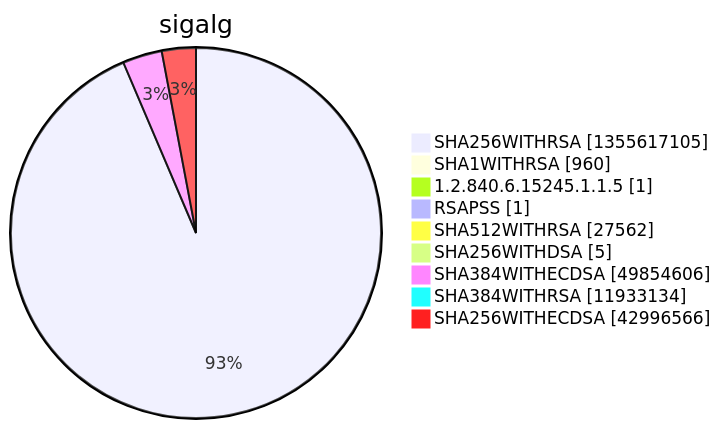
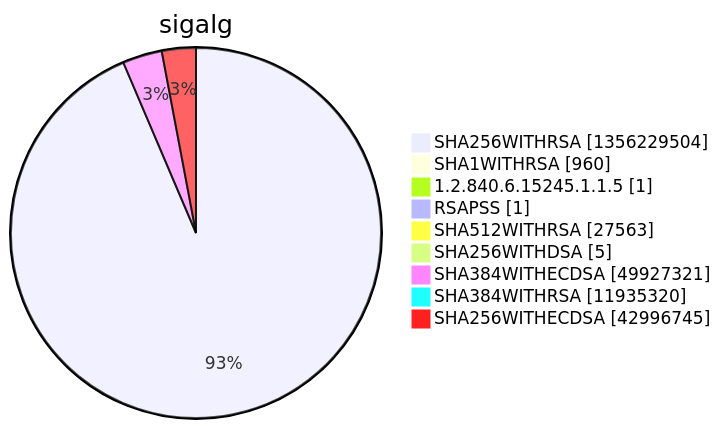
One commit to christiankrug/ctmonitor_visualization changed diagram 15 of 15 in argon2022/README.md. Above: the diagram before and after it, drawn with Mermaid. The commit also changed other lines of this file, not shown here.

````diff
--- a/argon2022/README.md
+++ b/argon2022/README.md
@@ -5524,13 +5524,13 @@
 ```mermaid
 pie showData
 title sigalg
-"SHA256WITHRSA" :1355617105
+"SHA256WITHRSA" :1356229504
 "SHA1WITHRSA" :960
 "1.2.840.6.15245.1.1.5" :1
 "RSAPSS" :1
-"SHA512WITHRSA" :27562
+"SHA512WITHRSA" :27563
 "SHA256WITHDSA" :5
-"SHA384WITHECDSA" :49854606
-"SHA384WITHRSA" :11933134
-"SHA256WITHECDSA" :42996566
+"SHA384WITHECDSA" :49927321
+"SHA384WITHRSA" :11935320
+"SHA256WITHECDSA" :42996745
 ```
````
